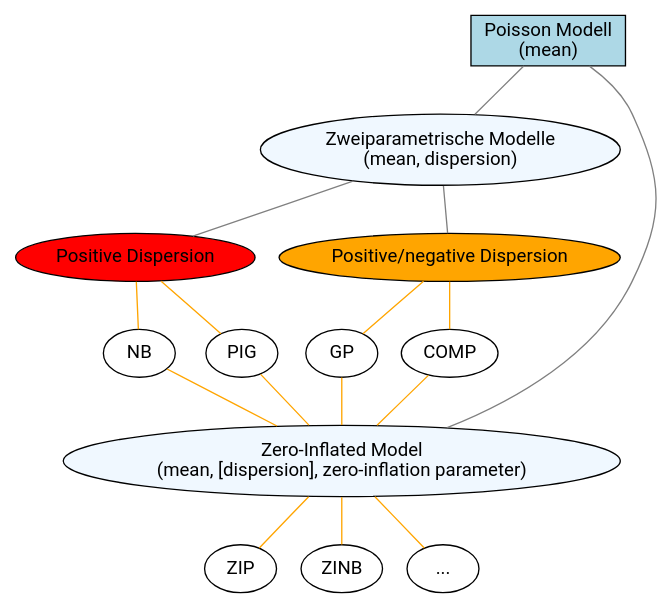
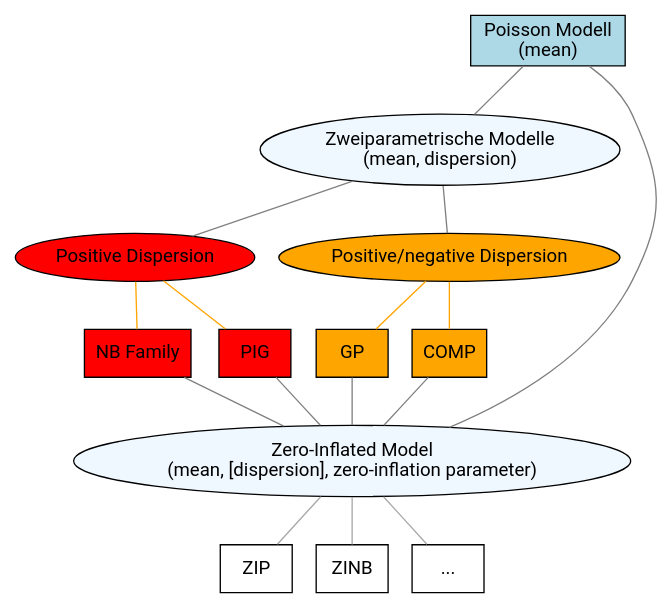
Before and after one commit to jemus42/poisson-regression: the diagram in graphs/model-graph.dot, drawn with Graphviz. The commit also changed 1 other file, not shown here.

Commit message:
Tweak graphs

```diff
--- a/graphs/model-graph.dot
+++ b/graphs/model-graph.dot
@@ -1,45 +1,44 @@
 graph models {
 
 graph [layout = dot, overlap = scale, ratio = compress]
 
 ################################
 #### Global node attributes ####
 ################################
 node [shape = oval, style = filled, fontname = "Roboto"]
 edge [fontname = "Roboto"]
 
 node [fillcolor = aliceblue]
 pois [label = "Poisson Modell\n(mean)",
       shape = rectangle,
       fillcolor = "lightblue"]
 
 twoparam [label = "Zweiparametrische Modelle\n(mean, dispersion)"]
 zi [label = "Zero-Inflated Model\n(mean, [dispersion], zero-inflation parameter)"]
 
 node []
 disp_pos [label = "Positive Dispersion", fillcolor = "red"]
 disp_flexible [label = "Positive/negative Dispersion", fillcolor = "orange"]
 
 edge [color = grey]
 pois -- twoparam
-pois -- zi
 twoparam -- {disp_pos disp_flexible}
 
-node [fillcolor = white]
-nb [label = "NB"]
-pig [label = "PIG"]
-gpois [label = "GP"]
-cmp [label = "COMP"]
+node [fillcolor = white, shape = rectangle]
+nb [label = "NB Family", fillcolor = red]
+pig [label = "PIG", fillcolor = red]
+gpois [label = "GP", fillcolor = orange]
+cmp [label = "COMP", fillcolor = orange]
 
 zip [label = "ZIP"]
 zinb [label = "ZINB"]
 zmisc [label = "..."]
 
 edge [color = orange]
 disp_flexible -- {gpois cmp}
 disp_pos -- {nb pig}
 
-nb, pig, gpois, cmp -- zi
+pois, nb, pig, gpois, cmp -- zi [color = gray]
 
-zi -- {zip zinb zmisc}
+zi -- {zip zinb zmisc} [color = darkgray]
 }
```
